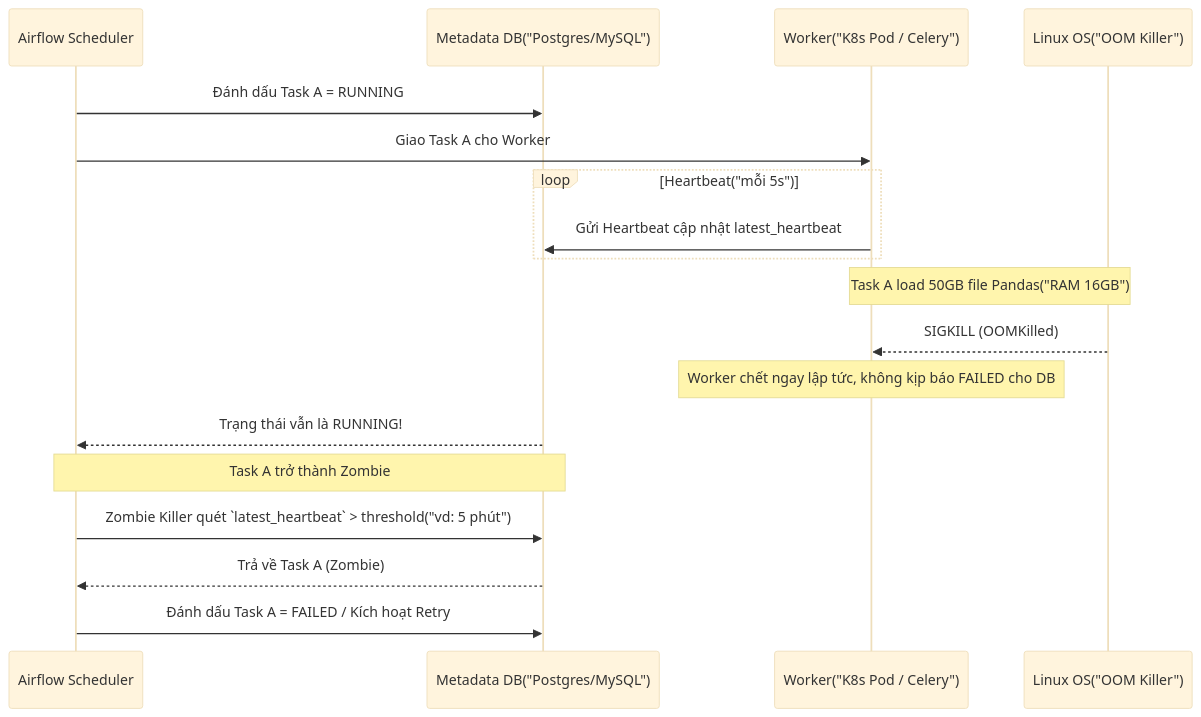
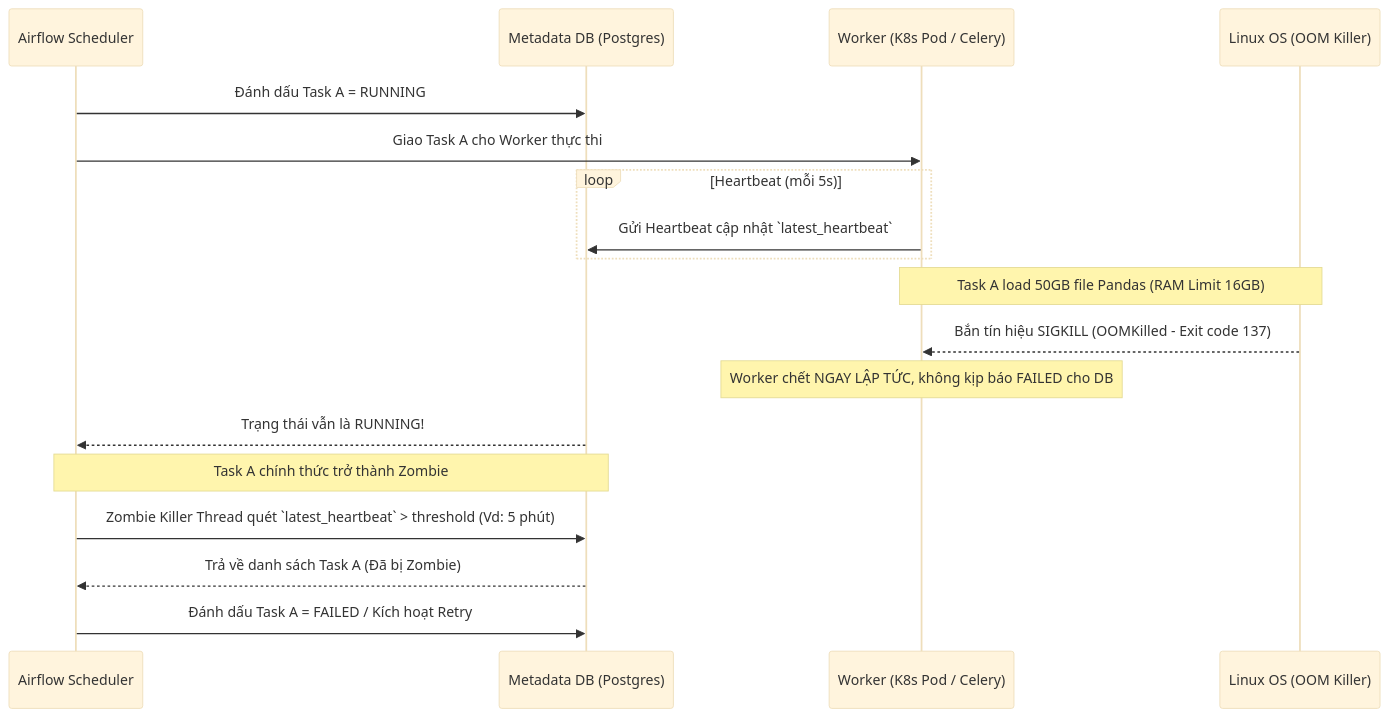
One commit to kythuatdulieu/kythuatdulieu.github.io changed the first of 2 diagrams in src/content/docs/concepts/7-dataops-orchestration-quality/airflow-zombie-tasks.md. Above: the diagram before and after it, drawn with Mermaid (base theme). The commit also changed other lines of this file and 213 other files, not shown here.

Commit message:
Fix syntax and rewrite 200+ concepts docs to deep-dive system architecture and add GA4 tracking to quiz app

````diff
--- a/src/content/docs/concepts/7-dataops-orchestration-quality/airflow-zombie-tasks.md
+++ b/src/content/docs/concepts/7-dataops-orchestration-quality/airflow-zombie-tasks.md
@@ -19,21 +26,24 @@
 ```mermaid
 sequenceDiagram
     participant S as Airflow Scheduler
-    participant DB as Metadata DB("Postgres/MySQL")
-    participant W as Worker("K8s Pod / Celery")
-    participant OS as Linux OS("OOM Killer")
+    participant DB as Metadata DB (Postgres)
+    participant W as Worker (K8s Pod / Celery)
+    participant OS as Linux OS (OOM Killer)
 
     S->>DB: Đánh dấu Task A = RUNNING
-    S->>W: Giao Task A cho Worker
-    loop Heartbeat("mỗi 5s")
-        W->>DB: Gửi Heartbeat cập nhật latest_heartbeat
+    S->>W: Giao Task A cho Worker thực thi
+    
+    loop Heartbeat (mỗi 5s)
+        W->>DB: Gửi Heartbeat cập nhật `latest_heartbeat`
     end
-    Note over W,OS: Task A load 50GB file Pandas("RAM 16GB")
-    OS-->>W: SIGKILL (OOMKilled)
-    Note over W: Worker chết ngay lập tức, không kịp báo FAILED cho DB
+    
+    Note over W,OS: Task A load 50GB file Pandas (RAM Limit 16GB)
+    OS-->>W: Bắn tín hiệu SIGKILL (OOMKilled - Exit code 137)
+    Note over W: Worker chết NGAY LẬP TỨC, không kịp báo FAILED cho DB
     DB-->>S: Trạng thái vẫn là RUNNING!
-    Note over S,DB: Task A trở thành Zombie
-    S->>DB: Zombie Killer quét `latest_heartbeat` > threshold("vd: 5 phút")
-    DB-->>S: Trả về Task A (Zombie)
+    Note over S,DB: Task A chính thức trở thành Zombie
+    
+    S->>DB: Zombie Killer Thread quét `latest_heartbeat` > threshold (Vd: 5 phút)
+    DB-->>S: Trả về danh sách Task A (Đã bị Zombie)
     S->>DB: Đánh dấu Task A = FAILED / Kích hoạt Retry
 ```
````
